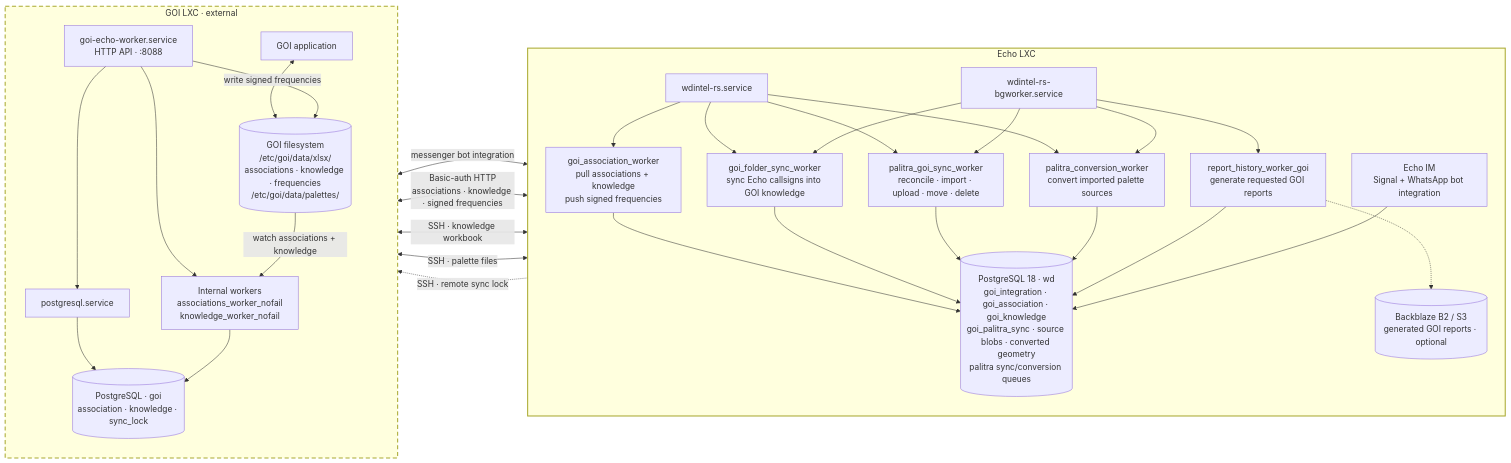
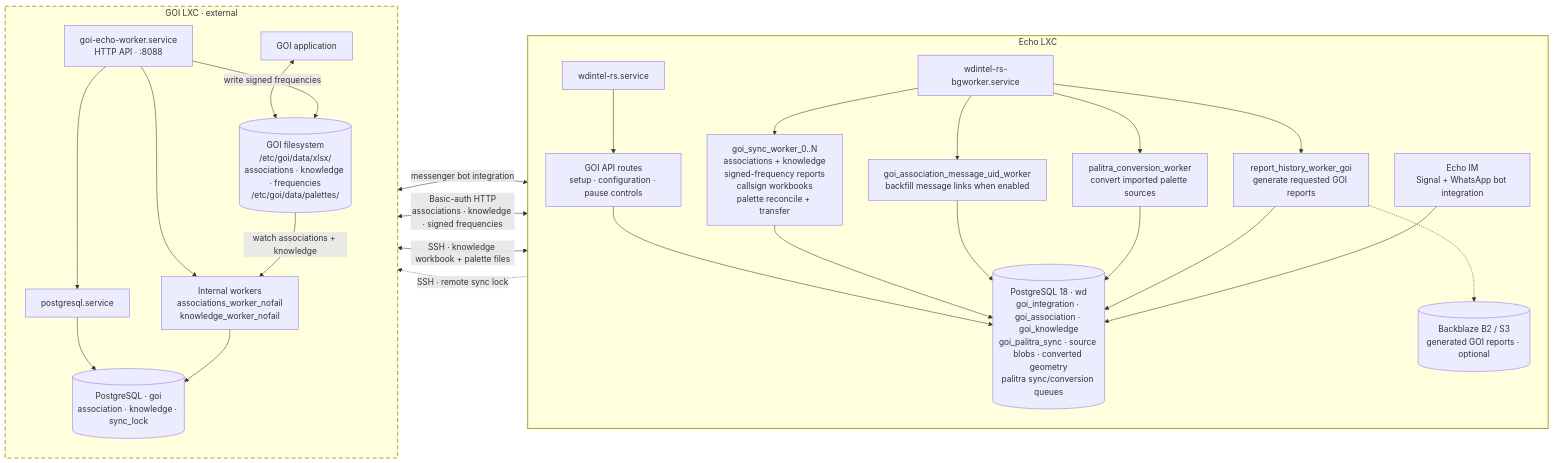
The fourth of 5 diagrams in docs/README.md (murczyk/echo), drawn with Mermaid before and after one commit. The commit also changed other lines of this file and 11 other files, not shown here.

````diff
--- a/docs/README.md
+++ b/docs/README.md
@@ -199,62 +199,58 @@
 ```mermaid
 flowchart LR
     subgraph echo_lxc["Echo LXC"]
         direction TB
         api["wdintel-rs.service"]
         bg["wdintel-rs-bgworker.service"]
 
-        association["goi_association_worker<br/>pull associations + knowledge<br/>push signed frequencies"]
-        folder["goi_folder_sync_worker<br/>sync Echo callsigns into GOI knowledge"]
-        palitra_sync["palitra_goi_sync_worker<br/>reconcile · import · upload · move · delete"]
+        routes["GOI API routes<br/>setup · configuration · pause controls"]
+        sync["goi_sync_worker_0..N<br/>associations + knowledge<br/>signed-frequency reports<br/>callsign workbooks<br/>palette reconcile + transfer"]
+        message_uid["goi_association_message_uid_worker<br/>backfill message links when enabled"]
         conversion["palitra_conversion_worker<br/>convert imported palette sources"]
         report["report_history_worker_goi<br/>generate requested GOI reports"]
         echo_im["Echo IM<br/>Signal + WhatsApp bot integration"]
 
         echo_pg[("PostgreSQL 18 · wd<br/>goi_integration · goi_association · goi_knowledge<br/>goi_palitra_sync · source blobs · converted geometry<br/>palitra sync/conversion queues")]
         report_store[("Backblaze B2 / S3<br/>generated GOI reports · optional")]
 
-        api --> association
-        api --> folder
-        api --> palitra_sync
-        api --> conversion
-        bg --> folder
-        bg --> palitra_sync
+        api --> routes
+        bg --> sync
+        bg --> message_uid
         bg --> conversion
         bg --> report
 
-        association --> echo_pg
-        folder --> echo_pg
-        palitra_sync --> echo_pg
+        routes --> echo_pg
+        sync --> echo_pg
+        message_uid --> echo_pg
         conversion --> echo_pg
         report --> echo_pg
         report -.-> report_store
         echo_im --> echo_pg
     end
 
     subgraph goi_lxc["GOI LXC · external"]
         direction TB
         goi_app["GOI application"]
         goi_worker["goi-echo-worker.service<br/>HTTP API · :8088"]
         goi_watchers["Internal workers<br/>associations_worker_nofail<br/>knowledge_worker_nofail"]
         goi_postgres["postgresql.service"]
         goi_pg[("PostgreSQL · goi<br/>association · knowledge · sync_lock")]
         goi_files[("GOI filesystem<br/>/etc/goi/data/xlsx/<br/>associations · knowledge · frequencies<br/>/etc/goi/data/palettes/")]
 
         goi_app <--> goi_files
         goi_worker --> goi_watchers
         goi_worker --> goi_postgres
         goi_postgres --> goi_pg
         goi_watchers --> goi_pg
         goi_files -->|watch associations + knowledge| goi_watchers
         goi_worker -->|write signed frequencies| goi_files
     end
 
-    association <-->|Basic-auth HTTP<br/>associations · knowledge · signed frequencies| goi_worker
-    folder <-->|SSH · knowledge workbook| goi_files
-    palitra_sync <-->|SSH · palette files| goi_files
-    palitra_sync -.->|SSH · remote sync lock| goi_pg
+    sync <-->|Basic-auth HTTP<br/>associations · knowledge · signed frequencies| goi_worker
+    sync <-->|SSH · knowledge workbook + palette files| goi_files
+    sync -.->|SSH · remote sync lock| goi_pg
     goi_app <-->|messenger bot integration| echo_im
 
     style echo_lxc stroke-width:2px
     style goi_lxc stroke-width:2px,stroke-dasharray:8 5
 ```
````
